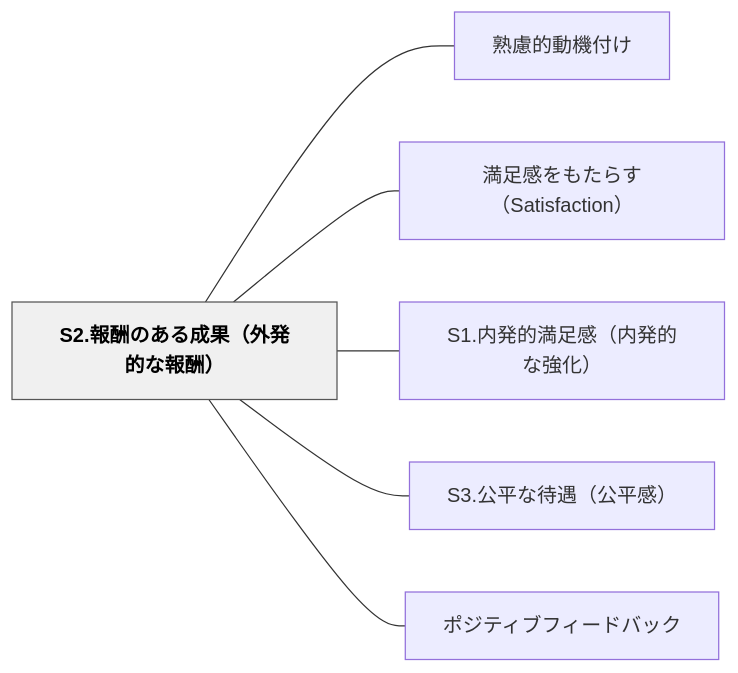
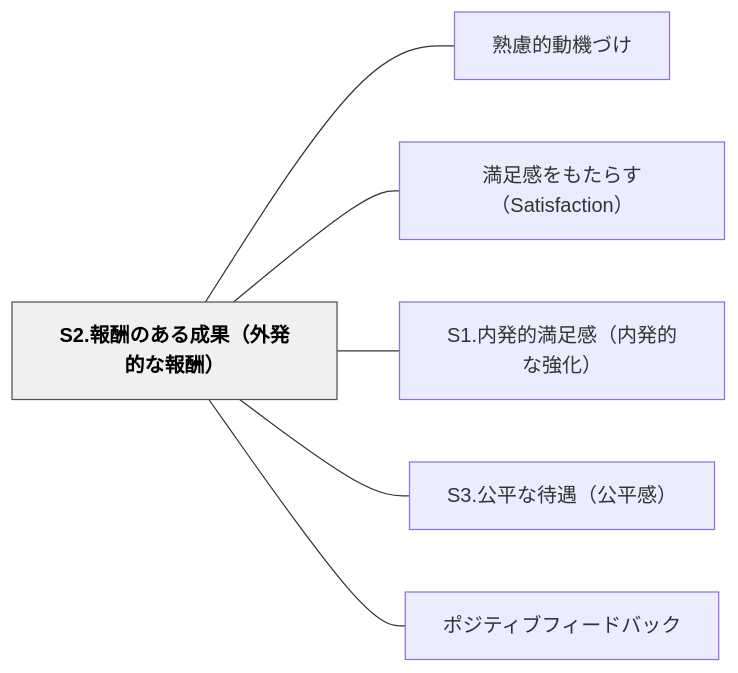
The diagram in content/パタン/S2.報酬のある成果（外発的な報酬）.md (unknownthings-ed-patterns/unknownthings-ed-patterns), drawn with Mermaid before and after one commit. The commit also changed other lines of this file and 234 other files, not shown here.

````diff
--- a/content/パタン/S2.報酬のある成果（外発的な報酬）.md
+++ b/content/パタン/S2.報酬のある成果（外発的な報酬）.md
@@ -37,18 +37,18 @@
 ```mermaid
 flowchart LR
     n53322ee5a0b1e985ace381aee38182e3828be68890e69e9cefbc88e5a496e799bae79a84e381aae5a0b1e985acefbc89["S2.報酬のある成果（外発的な報酬）"]
-    ne7869fe685aee79a84e58b95e6a99fe4bb98e38191["熟慮的動機付け"]
+    ne7869fe685aee79a84e58b95e6a99fe381a5e38191["熟慮的動機づけ"]
     ne6ba80e8b6b3e6849fe38292e38282e3819fe38289e38199efbc88536174697366616374696f6eefbc89["満足感をもたらす（Satisfaction）"]
     n53312ee58685e799bae79a84e6ba80e8b6b3e6849fefbc88e58685e799bae79a84e381aae5bcb7e58c96efbc89["S1.内発的満足感（内発的な強化）"]
     n53332ee585ace5b9b3e381aae5be85e98187efbc88e585ace5b9b3e6849fefbc89["S3.公平な待遇（公平感）"]
     ne3839de382b8e38386e382a3e38396e38395e382a3e383bce38389e38390e38383e382af["ポジティブフィードバック"]
 
-    n53322ee5a0b1e985ace381aee38182e3828be68890e69e9cefbc88e5a496e799bae79a84e381aae5a0b1e985acefbc89 --- ne7869fe685aee79a84e58b95e6a99fe4bb98e38191
+    n53322ee5a0b1e985ace381aee38182e3828be68890e69e9cefbc88e5a496e799bae79a84e381aae5a0b1e985acefbc89 --- ne7869fe685aee79a84e58b95e6a99fe381a5e38191
     n53322ee5a0b1e985ace381aee38182e3828be68890e69e9cefbc88e5a496e799bae79a84e381aae5a0b1e985acefbc89 --- ne6ba80e8b6b3e6849fe38292e38282e3819fe38289e38199efbc88536174697366616374696f6eefbc89
     n53322ee5a0b1e985ace381aee38182e3828be68890e69e9cefbc88e5a496e799bae79a84e381aae5a0b1e985acefbc89 --- n53312ee58685e799bae79a84e6ba80e8b6b3e6849fefbc88e58685e799bae79a84e381aae5bcb7e58c96efbc89
     n53322ee5a0b1e985ace381aee38182e3828be68890e69e9cefbc88e5a496e799bae79a84e381aae5a0b1e985acefbc89 --- n53332ee585ace5b9b3e381aae5be85e98187efbc88e585ace5b9b3e6849fefbc89
     n53322ee5a0b1e985ace381aee38182e3828be68890e69e9cefbc88e5a496e799bae79a84e381aae5a0b1e985acefbc89 --- ne3839de382b8e38386e382a3e38396e38395e382a3e383bce38389e38390e38383e382af
 
     classDef hub fill:#f0f0f0,stroke:#555,color:#000,font-weight:bold
     class n53322ee5a0b1e985ace381aee38182e3828be68890e69e9cefbc88e5a496e799bae79a84e381aae5a0b1e985acefbc89 hub
 ```
````
